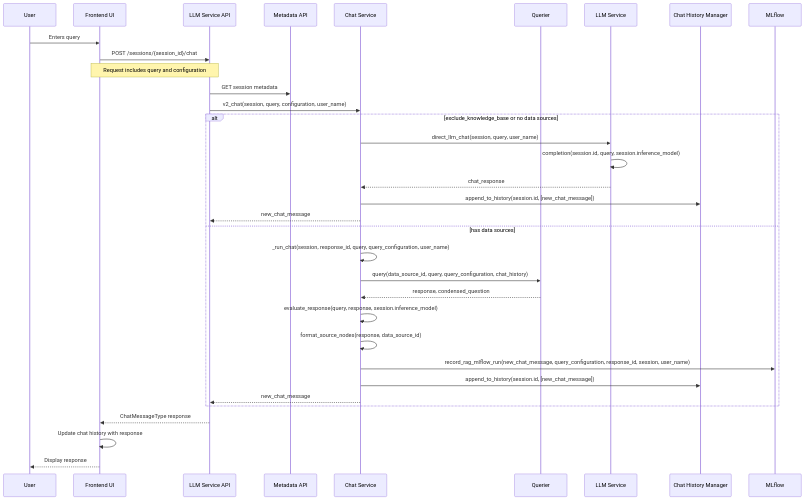
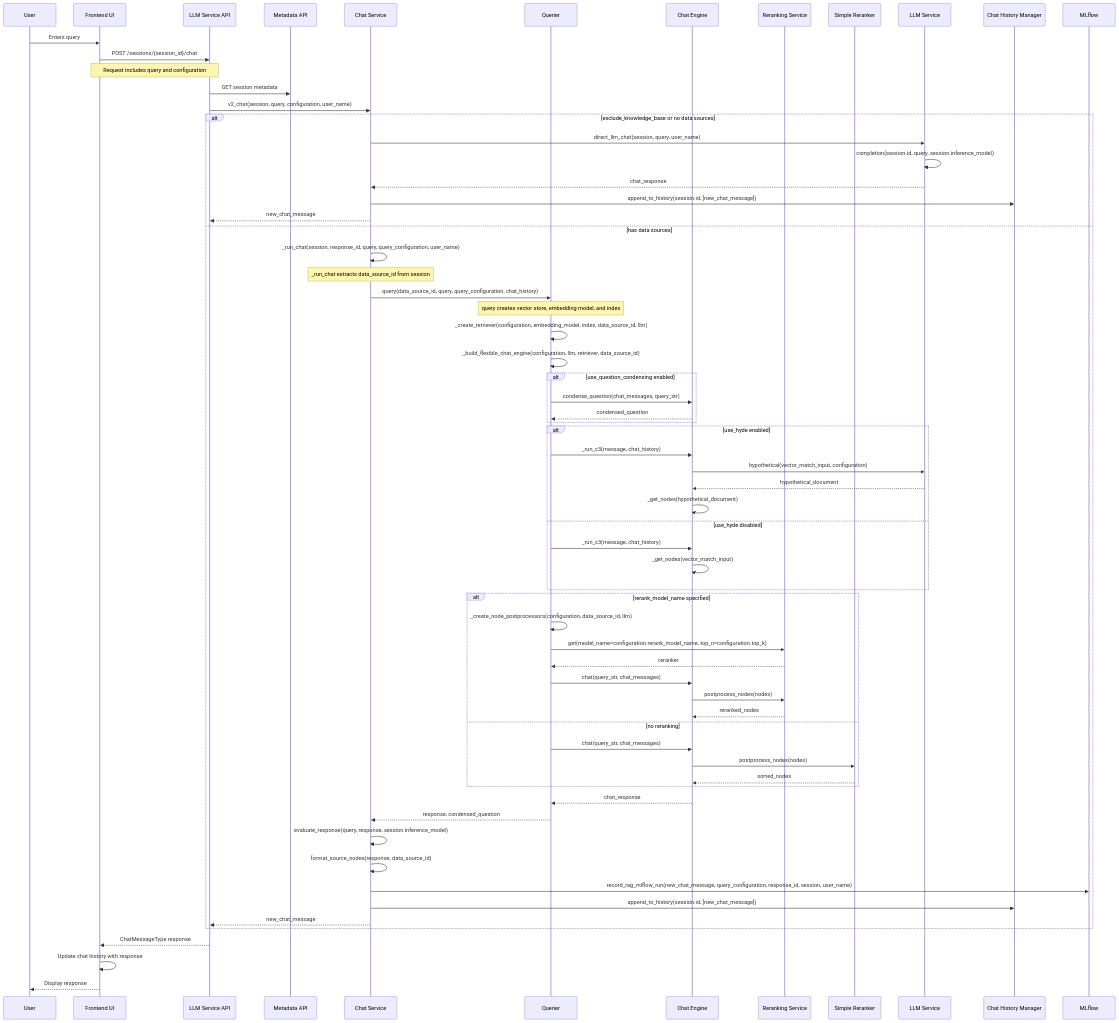
The diagram in docs/chat_flow.md (cloudera/CML_AMP_RAG_Studio), drawn with Mermaid before and after one commit.

Commit message:
add details about reranking, HyDE and question condensing

````diff
--- a/docs/chat_flow.md
+++ b/docs/chat_flow.md
@@ -1,40 +1,77 @@
 ```mermaid
 sequenceDiagram
     participant User
     participant UI as Frontend UI
     participant API as LLM Service API
     participant MetadataApi as Metadata API
     participant ChatService as Chat Service
     participant Querier as Querier
+    participant FlexibleContextChatEngine as Chat Engine
+    participant Reranking as Reranking Service
+    participant SimpleReranker as Simple Reranker
     participant LLM as LLM Service
     participant ChatHistory as Chat History Manager
     participant MLflow as MLflow
 
     User->>UI: Enters query
     UI->>API: POST /sessions/{session_id}/chat
     Note over UI,API: Request includes query and configuration
 
     API->>MetadataApi: GET session metadata
     API->>ChatService: v2_chat(session, query, configuration, user_name)
 
     alt exclude_knowledge_base or no data sources
         ChatService->>LLM: direct_llm_chat(session, query, user_name)
         LLM->>LLM: completion(session.id, query, session.inference_model)
         LLM-->>ChatService: chat_response
         ChatService->>ChatHistory: append_to_history(session.id, [new_chat_message])
         ChatService-->>API: new_chat_message
     else has data sources
         ChatService->>ChatService: _run_chat(session, response_id, query, query_configuration, user_name)
+        Note over ChatService: _run_chat extracts data_source_id from session
         ChatService->>Querier: query(data_source_id, query, query_configuration, chat_history)
+        Note over Querier: query creates vector store, embedding model, and index
+        Querier->>Querier: _create_retriever(configuration, embedding_model, index, data_source_id, llm)
+        Querier->>Querier: _build_flexible_chat_engine(configuration, llm, retriever, data_source_id)
+
+        alt use_question_condensing enabled
+            Querier->>FlexibleContextChatEngine: condense_question(chat_messages, query_str)
+            FlexibleContextChatEngine-->>Querier: condensed_question
+        end
+
+        alt use_hyde enabled
+            Querier->>FlexibleContextChatEngine: _run_c3(message, chat_history)
+            FlexibleContextChatEngine->>LLM: hypothetical(vector_match_input, configuration)
+            LLM-->>FlexibleContextChatEngine: hypothetical_document
+            FlexibleContextChatEngine->>FlexibleContextChatEngine: _get_nodes(hypothetical_document)
+        else use_hyde disabled
+            Querier->>FlexibleContextChatEngine: _run_c3(message, chat_history)
+            FlexibleContextChatEngine->>FlexibleContextChatEngine: _get_nodes(vector_match_input)
+        end
+
+        alt rerank_model_name specified
+            Querier->>Querier: _create_node_postprocessors(configuration, data_source_id, llm)
+            Querier->>Reranking: get(model_name=configuration.rerank_model_name, top_n=configuration.top_k)
+            Reranking-->>Querier: reranker
+            Querier->>FlexibleContextChatEngine: chat(query_str, chat_messages)
+            FlexibleContextChatEngine->>Reranking: postprocess_nodes(nodes)
+            Reranking-->>FlexibleContextChatEngine: reranked_nodes
+        else no reranking
+            Querier->>FlexibleContextChatEngine: chat(query_str, chat_messages)
+            FlexibleContextChatEngine->>SimpleReranker: postprocess_nodes(nodes)
+            SimpleReranker-->>FlexibleContextChatEngine: sorted_nodes
+        end
+
+        FlexibleContextChatEngine-->>Querier: chat_response
         Querier-->>ChatService: response, condensed_question
         ChatService->>ChatService: evaluate_response(query, response, session.inference_model)
         ChatService->>ChatService: format_source_nodes(response, data_source_id)
         ChatService->>MLflow: record_rag_mlflow_run(new_chat_message, query_configuration, response_id, session, user_name)
         ChatService->>ChatHistory: append_to_history(session.id, [new_chat_message])
         ChatService-->>API: new_chat_message
     end
 
     API-->>UI: ChatMessageType response
     UI->>UI: Update chat history with response
     UI-->>User: Display response
 ```
````
